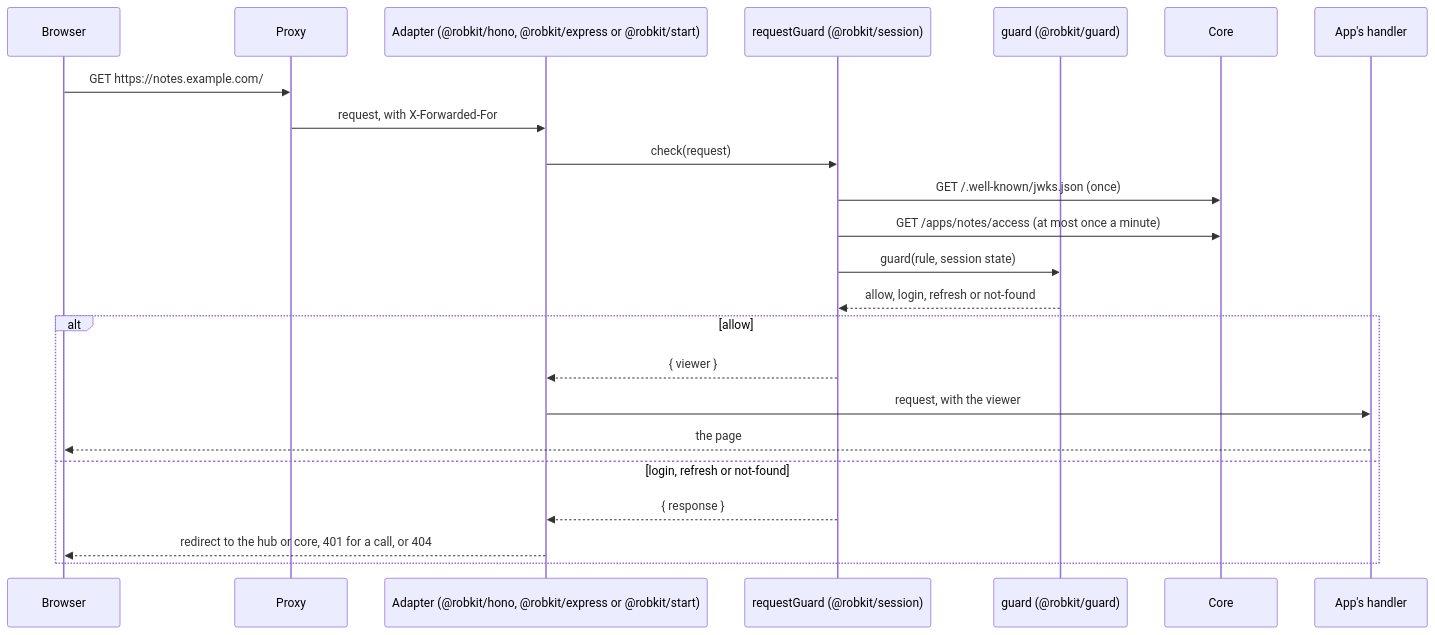
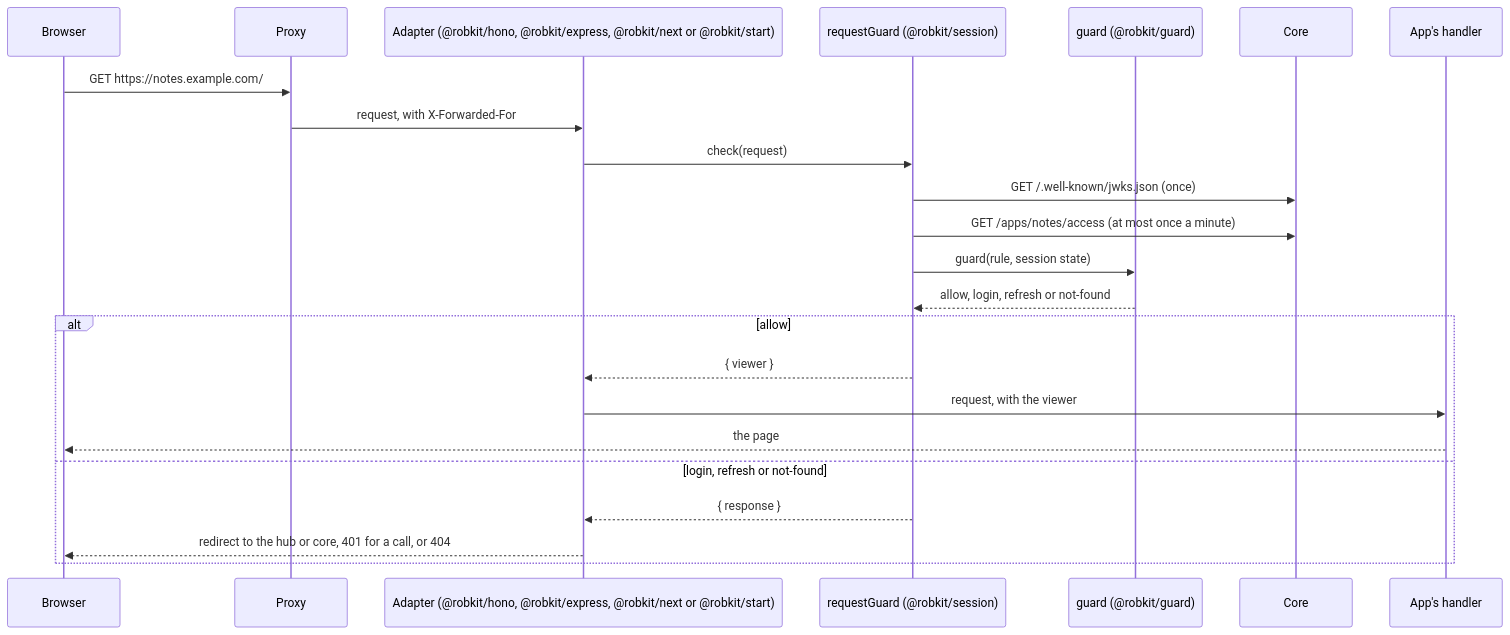
Before and after one commit to RobertScholey98/robkit: the second of 5 diagrams in docs/architecture.md, drawn with Mermaid. The commit also changed other lines of this file and 5 other files, not shown here.

Commit message:
Name the Next.js stack and adapter in the docs

````diff
--- a/docs/architecture.md
+++ b/docs/architecture.md
@@ -37,26 +37,26 @@
 ```mermaid
 sequenceDiagram
   participant B as Browser
   participant P as Proxy
-  participant A as Adapter (@robkit/hono, @robkit/express or @robkit/start)
+  participant A as Adapter (@robkit/hono, @robkit/express, @robkit/next or @robkit/start)
   participant R as requestGuard (@robkit/session)
   participant G as guard (@robkit/guard)
   participant C as Core
   participant H as App's handler
 
   B->>P: GET https://notes.example.com/
   P->>A: request, with X-Forwarded-For
   A->>R: check(request)
   R->>C: GET /.well-known/jwks.json (once)
   R->>C: GET /apps/notes/access (at most once a minute)
   R->>G: guard(rule, session state)
   G-->>R: allow, login, refresh or not-found
   alt allow
     R-->>A: { viewer }
     A->>H: request, with the viewer
     H-->>B: the page
   else login, refresh or not-found
     R-->>A: { response }
     A-->>B: redirect to the hub or core, 401 for a call, or 404
   end
 ```
````
